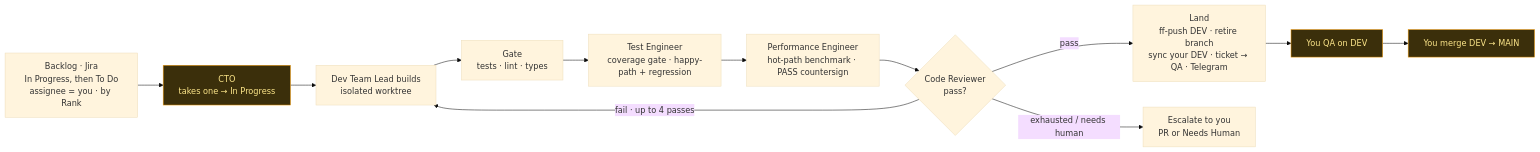
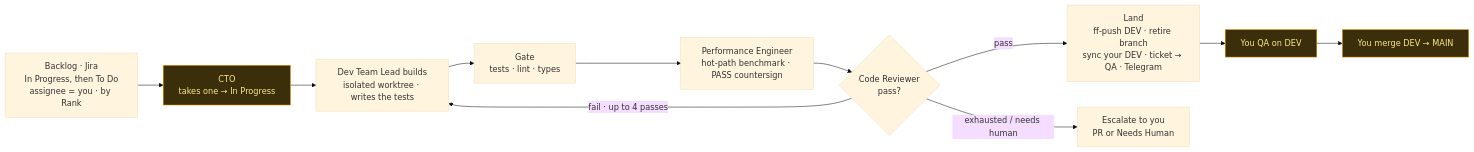
Before and after one commit to roman-berlin/Elite-Squad: the second of 3 diagrams in ORG.md, drawn with Mermaid (base theme). The commit also changed other lines of this file and 5 other files, not shown here.

````diff
--- a/ORG.md
+++ b/ORG.md
@@ -52,17 +52,16 @@
 ```mermaid
 flowchart LR
     BL["Backlog · Jira<br/>In Progress, then To Do<br/>assignee = you · by Rank"] --> GEN["CTO<br/>takes one → In Progress"]
-    GEN --> BUILD["Dev Team Lead builds<br/>isolated worktree"]
+    GEN --> BUILD["Dev Team Lead builds<br/>isolated worktree · writes the tests"]
     BUILD --> GATE["Gate<br/>tests · lint · types"]
-    GATE --> TE["Test Engineer<br/>coverage gate · happy-path + regression"]
-    TE --> PE2["Performance Engineer<br/>hot-path benchmark · PASS countersign"]
+    GATE --> PE2["Performance Engineer<br/>hot-path benchmark · PASS countersign"]
     PE2 --> REV{"Code Reviewer<br/>pass?"}
     REV -- "fail · up to 4 passes" --> BUILD
     REV -- "pass" --> LAND["Land<br/>ff-push DEV · retire branch<br/>sync your DEV · ticket → QA · Telegram"]
     REV -- "exhausted / needs human" --> ESC["Escalate to you<br/>PR or Needs Human"]
     LAND --> QA["You QA on DEV"]
     QA --> MAIN["You merge DEV → MAIN"]
 
     classDef cmd fill:#3b2f0b,stroke:#f59e0b,color:#fde68a;
     class GEN,QA,MAIN cmd;
 ```
````
